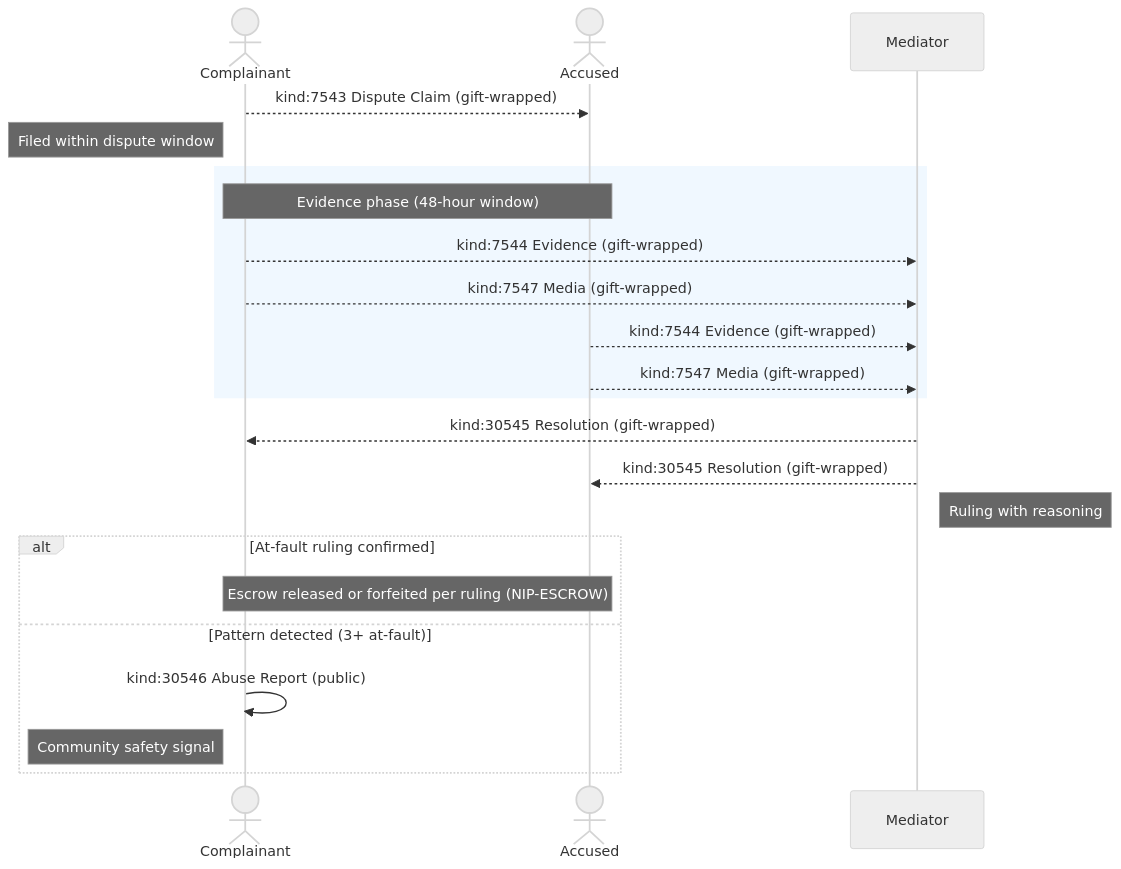
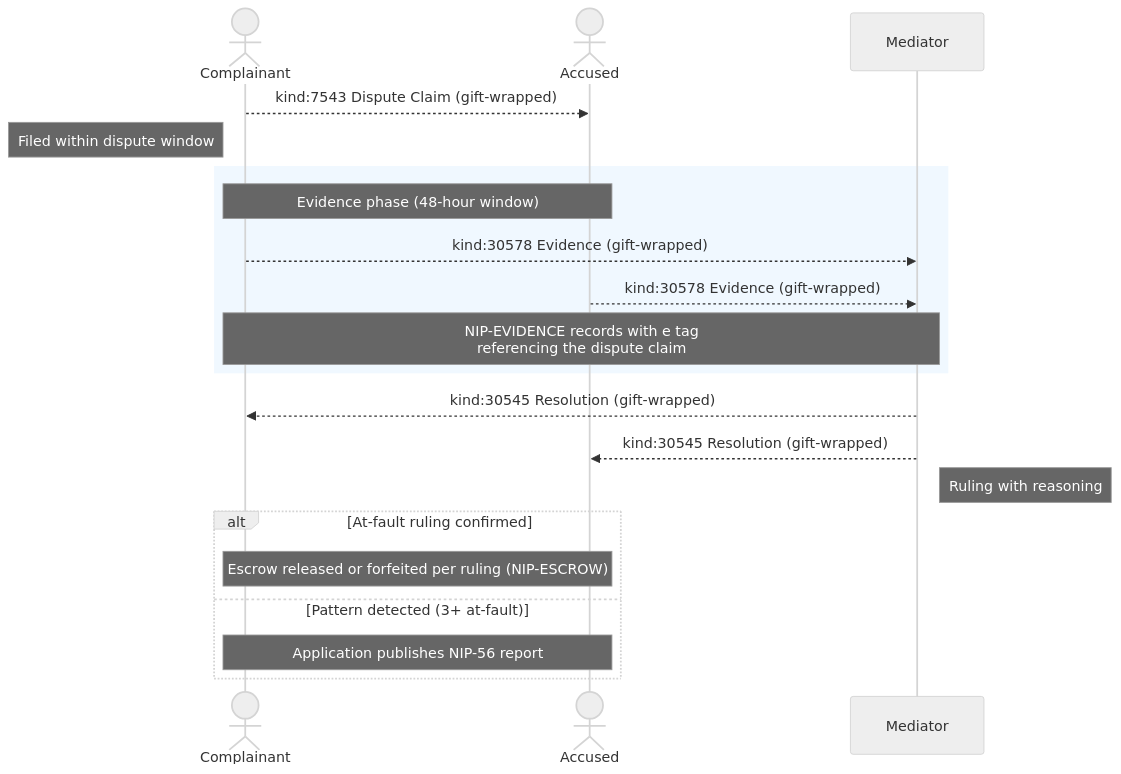
The first of 2 diagrams in NIP-DISPUTES.md (forgesworn/nip-drafts), drawn with Mermaid (neutral theme) before and after one commit. The commit also changed other lines of this file and 116 other files, not shown here.

````diff
--- a/NIP-DISPUTES.md
+++ b/NIP-DISPUTES.md
@@ -285,28 +320,26 @@
 ```mermaid
 sequenceDiagram
     actor C as Complainant
     actor A as Accused
     participant M as Mediator
 
     C-->>A: kind:7543 Dispute Claim (gift-wrapped)
     Note left of C: Filed within dispute window
 
     rect rgb(240, 248, 255)
         Note over C,A: Evidence phase (48-hour window)
-        C-->>M: kind:7544 Evidence (gift-wrapped)
-        C-->>M: kind:7547 Media (gift-wrapped)
-        A-->>M: kind:7544 Evidence (gift-wrapped)
-        A-->>M: kind:7547 Media (gift-wrapped)
+        C-->>M: kind:30578 Evidence (gift-wrapped)
+        A-->>M: kind:30578 Evidence (gift-wrapped)
+        Note over C,M: NIP-EVIDENCE records with e tag<br/>referencing the dispute claim
     end
 
     M-->>C: kind:30545 Resolution (gift-wrapped)
     M-->>A: kind:30545 Resolution (gift-wrapped)
     Note right of M: Ruling with reasoning
 
     alt At-fault ruling confirmed
         Note over C,A: Escrow released or forfeited per ruling (NIP-ESCROW)
     else Pattern detected (3+ at-fault)
-        C->>C: kind:30546 Abuse Report (public)
-        Note left of C: Community safety signal
+        Note over C,A: Application publishes NIP-56 report
     end
 ```
````
